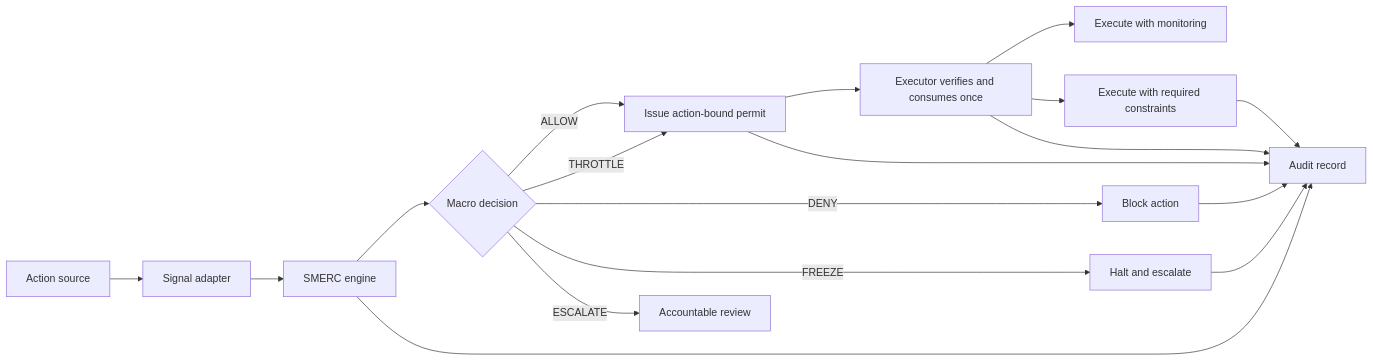
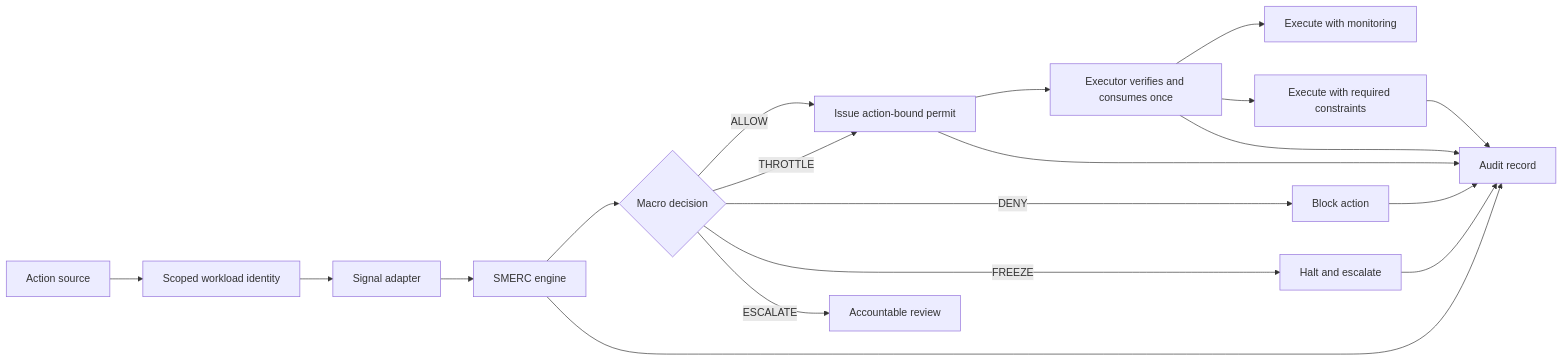
Before and after one commit to KingsMtn/SMERC-Runtime-Permission-Layer: the diagram in architecture/System_Architecture.md, drawn with Mermaid. The commit also changed other lines of this file and 20 other files, not shown here.

Commit message:
Add scoped workload identity controls

````diff
--- a/architecture/System_Architecture.md
+++ b/architecture/System_Architecture.md
@@ -15,20 +16,21 @@
 ```mermaid
 flowchart LR
-  A["Action source"] --> B["Signal adapter"]
+  A["Action source"] --> W["Scoped workload identity"]
+  W --> B["Signal adapter"]
   B --> C["SMERC engine"]
   C --> D{"Macro decision"}
   D -->|"ALLOW"| P["Issue action-bound permit"]
   D -->|"THROTTLE"| P
   P --> V["Executor verifies and consumes once"]
   V --> E["Execute with monitoring"]
   V --> F["Execute with required constraints"]
   D -->|"DENY"| G["Block action"]
   D -->|"FREEZE"| H["Halt and escalate"]
   D -->|"ESCALATE"| J["Accountable review"]
   C --> I["Audit record"]
   P --> I
   V --> I
   F --> I
   G --> I
   H --> I
 ```
````
